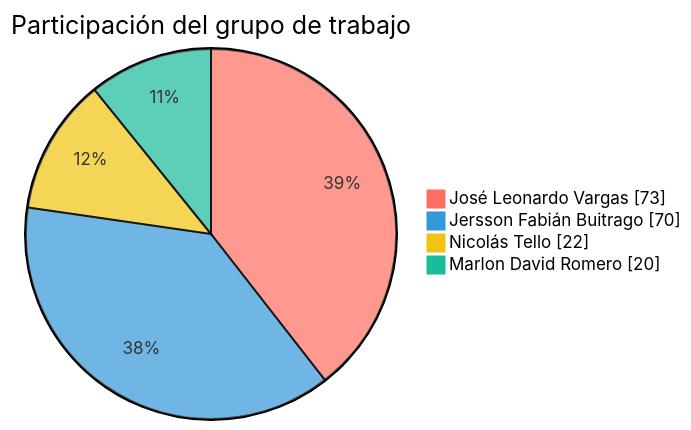
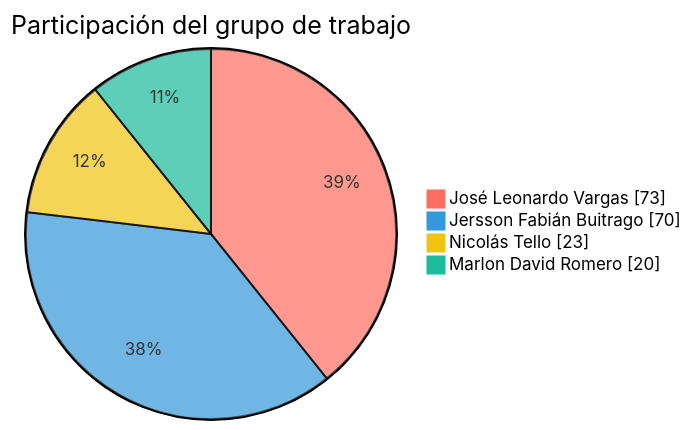
The first of 2 diagrams in README.md (FarmaExpres/FarmaExpres), drawn with Mermaid before and after one commit. The commit also changed other lines of this file and 1 other file, not shown here.

````diff
--- a/README.md
+++ b/README.md
@@ -314,9 +314,9 @@
 ```mermaid
 %%{init: {"themeVariables": {"pie1": "#ff6f61", "pie2": "#3498db", "pie3": "#f1c40f", "pie4": "#1abc9c", "pieLabelColor": "#000000", "pieLabelFontSize": "24px", "pieLabelFontWeight": "700"}}}%%
 pie showData
     title Participación del grupo de trabajo
     "José Leonardo Vargas" : 73
     "Jersson Fabián Buitrago" : 70
-    "Nicolás Tello" : 22
+    "Nicolás Tello" : 23
     "Marlon David Romero" : 20
 ```
````
